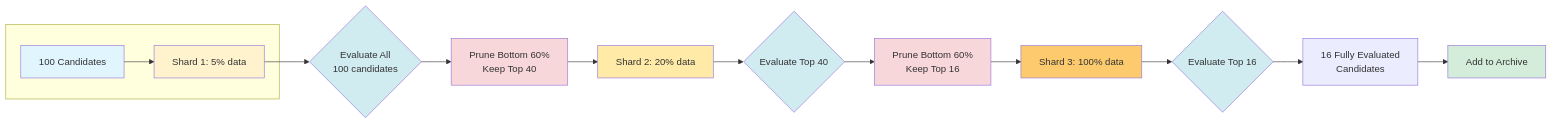
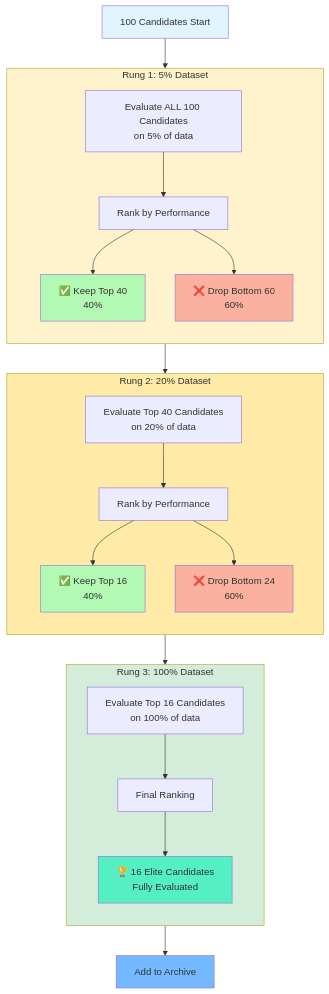
One commit to gepa-ai/gepa changed the fourth of 5 diagrams in README.md. Above: the diagram before and after it, drawn with Mermaid. The commit also changed other lines of this file and 142 other files, not shown here.

````diff
--- a/README.md
+++ b/README.md
@@ -396,35 +393,44 @@
 ```mermaid
-graph LR
-    subgraph " "
-    Start[100 Candidates] --> S1[Shard 1: 5% data]
+graph TD
+    Start[100 Candidates Start] --> Rung1
+
+    subgraph Rung1[" Rung 1: 5% Dataset "]
+        direction TB
+        Eval1[Evaluate ALL 100 Candidates<br/>on 5% of data]
+        Eval1 --> Results1[Rank by Performance]
+        Results1 --> Keep1[✅ Keep Top 40<br/>40%]
+        Results1 --> Drop1[❌ Drop Bottom 60<br/>60%]
     end
 
-    S1 --> Eval1{Evaluate All<br/>100 candidates}
+    Keep1 --> Rung2
 
-    Eval1 --> Prune1[Prune Bottom 60%<br/>Keep Top 40]
+    subgraph Rung2[" Rung 2: 20% Dataset "]
+        direction TB
+        Eval2[Evaluate Top 40 Candidates<br/>on 20% of data]
+        Eval2 --> Results2[Rank by Performance]
+        Results2 --> Keep2[✅ Keep Top 16<br/>40%]
+        Results2 --> Drop2[❌ Drop Bottom 24<br/>60%]
+    end
 
-    Prune1 --> S2[Shard 2: 20% data]
+    Keep2 --> Rung3
 
-    S2 --> Eval2{Evaluate Top 40}
-
-    Eval2 --> Prune2[Prune Bottom 60%<br/>Keep Top 16]
-
-    Prune2 --> S3[Shard 3: 100% data]
-
-    S3 --> Eval3{Evaluate Top 16}
-
-    Eval3 --> Final[16 Fully Evaluated<br/>Candidates]
+    subgraph Rung3[" Rung 3: 100% Dataset "]
+        direction TB
+        Eval3[Evaluate Top 16 Candidates<br/>on 100% of data]
+        Eval3 --> Results3[Final Ranking]
+        Results3 --> Final[🏆 16 Elite Candidates<br/>Fully Evaluated]
+    end
 
     Final --> Archive[Add to Archive]
 
     style Start fill:#e1f5ff
-    style S1 fill:#fff3cd
-    style S2 fill:#ffeaa7
-    style S3 fill:#fdcb6e
-    style Eval1 fill:#d1ecf1
-    style Eval2 fill:#d1ecf1
-    style Eval3 fill:#d1ecf1
-    style Prune1 fill:#f8d7da
-    style Prune2 fill:#f8d7da
-    style Archive fill:#d4edda
+    style Rung1 fill:#fff3cd
+    style Rung2 fill:#ffeaa7
+    style Rung3 fill:#d4edda
+    style Keep1 fill:#b2fab4
+    style Keep2 fill:#b2fab4
+    style Drop1 fill:#fab1a0
+    style Drop2 fill:#fab1a0
+    style Final fill:#55efc4
+    style Archive fill:#74b9ff
 ```
````
